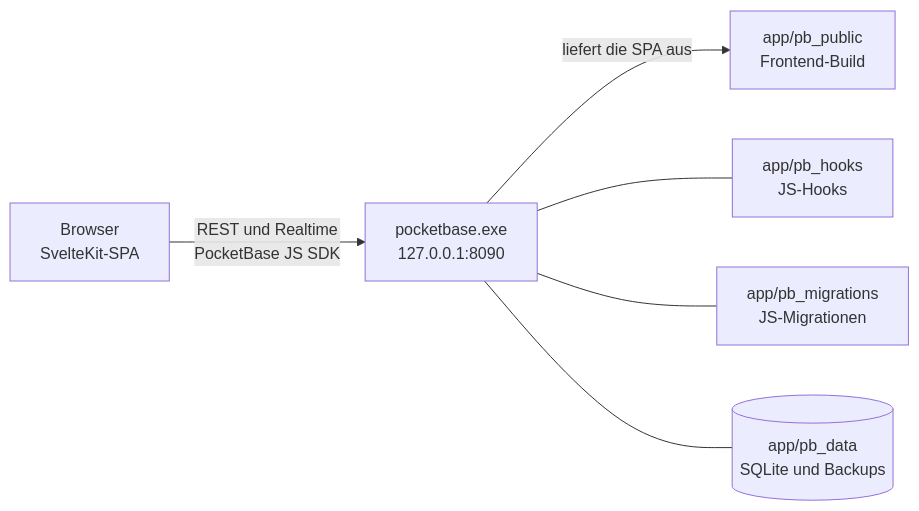
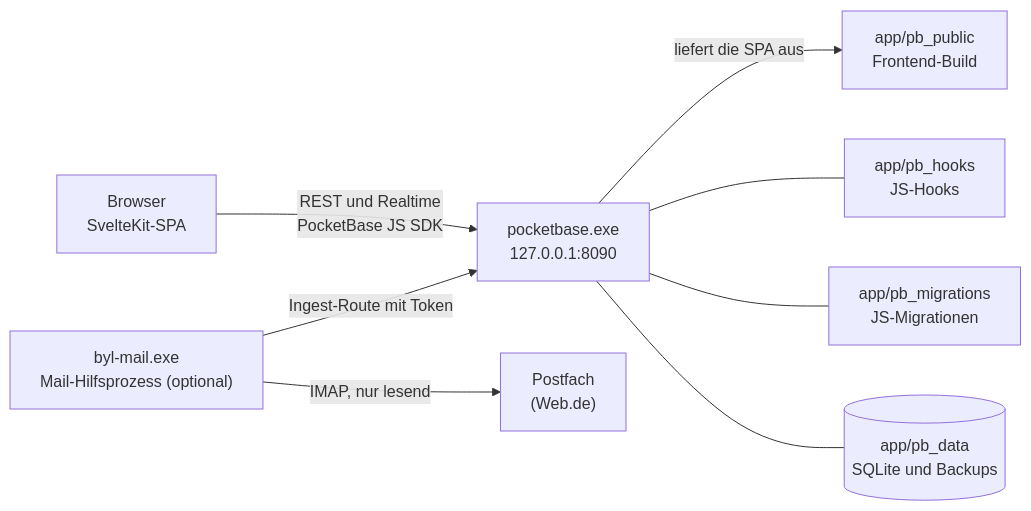
One commit to Labushuya/becauseyoulovejira changed the diagram in README.md. Above: the diagram before and after it, drawn with Mermaid. The commit also changed other lines of this file and 43 other files, not shown here.

First line of the commit message:
feat: add the read-only mail helper byl-mail.exe for Web.de (E4 package 11) (#34)

````diff
--- a/README.md
+++ b/README.md
@@ -52,8 +52,10 @@
 ```mermaid
 flowchart LR
     B["Browser<br/>SvelteKit-SPA"] -- "REST und Realtime<br/>PocketBase JS SDK" --> P["pocketbase.exe<br/>127.0.0.1:8090"]
     P -- "liefert die SPA aus" --> PUB["app/pb_public<br/>Frontend-Build"]
     P --- H["app/pb_hooks<br/>JS-Hooks"]
     P --- M["app/pb_migrations<br/>JS-Migrationen"]
     P --- D[("app/pb_data<br/>SQLite und Backups")]
+    MH["byl-mail.exe<br/>Mail-Hilfsprozess (optional)"] -- "Ingest-Route mit Token" --> P
+    MH -- "IMAP, nur lesend" --> IMAP["Postfach<br/>(Web.de)"]
 ```
````
